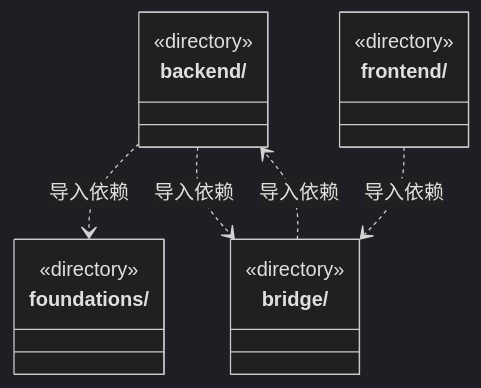
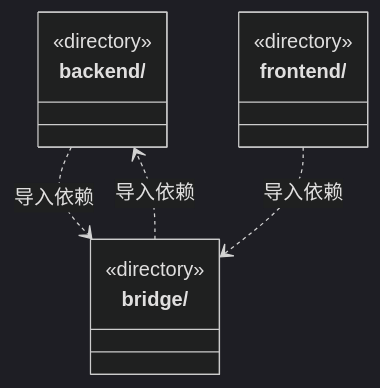
The diagram in src/ARCHITECTURE.md (nan023062/cbim), drawn with Mermaid (dark theme) before and after one commit. The commit also changed other lines of this file and 173 other files, not shown here.

````diff
--- a/src/ARCHITECTURE.md
+++ b/src/ARCHITECTURE.md
@@ -15,19 +15,15 @@
 ```mermaid
 classDiagram
 class N_src_backend["backend/"] {
   <<directory>>
 }
 class N_src_bridge["bridge/"] {
   <<directory>>
 }
-class N_src_foundations["foundations/"] {
-  <<directory>>
-}
 class N_src_frontend["frontend/"] {
   <<directory>>
 }
-N_src_backend ..> N_src_foundations : 导入依赖
 N_src_backend ..> N_src_bridge : 导入依赖
 N_src_bridge ..> N_src_backend : 导入依赖
 N_src_frontend ..> N_src_bridge : 导入依赖
 ```
````
